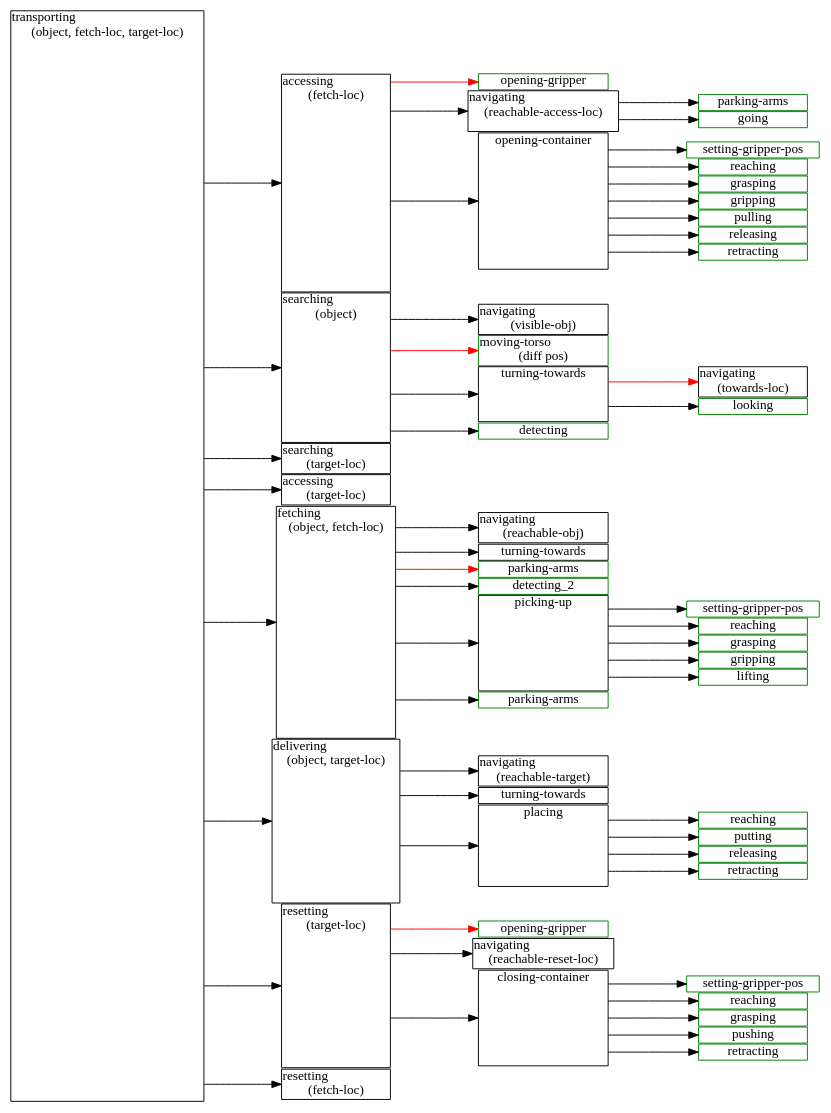
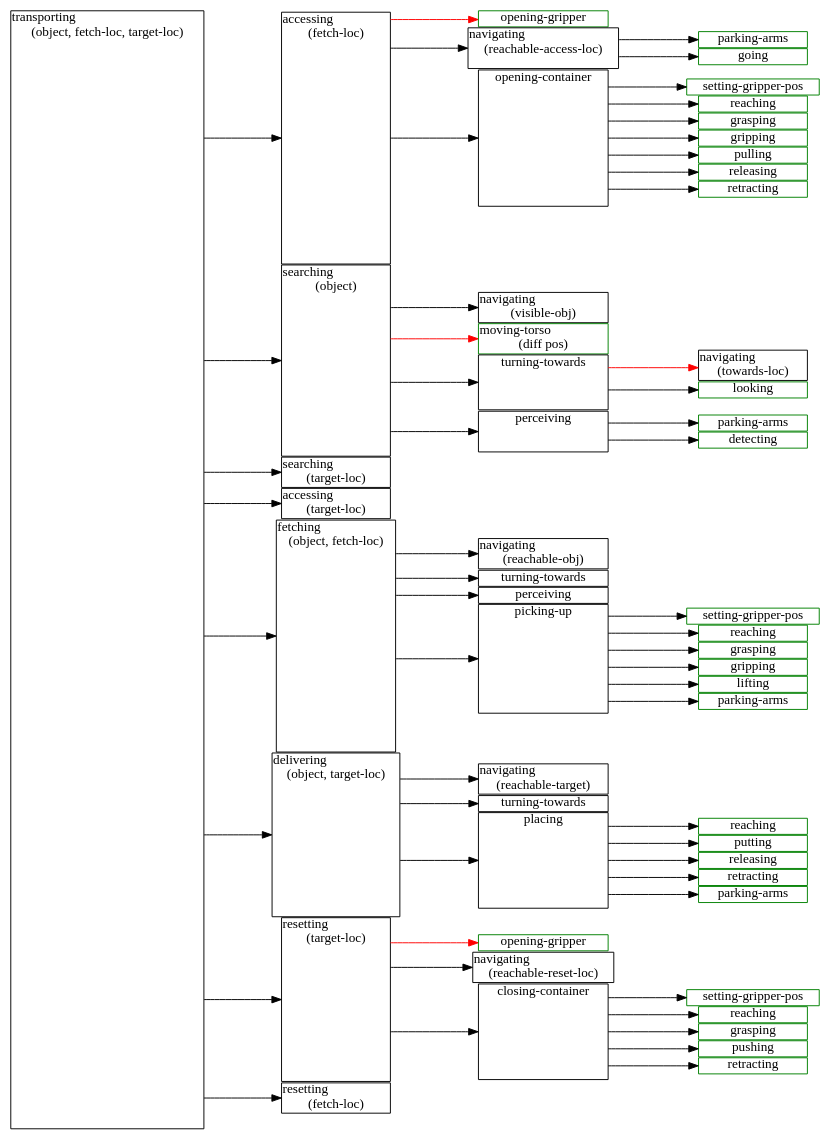
One commit to cram2/cram changed the diagram in doc/fd-plans.dot. Above: the diagram before and after it, drawn with Graphviz.

Commit message:
[doc] updated the fetch-deliver plan timeline diagram

```diff
--- a/doc/fd-plans.dot
+++ b/doc/fd-plans.dot
@@ -1,170 +1,176 @@
 digraph CRAM {
   graph [rankdir="LR", splines=ortho, concentrate=true,
          nodesep=0.02, ranksep=1.0];
   node [shape=box, labelloc=t, height=0.2, margin="0.01, 0.01"];
   edge [splines=none];
 
   //////////////////////////////////////////////////////////////
 
-  transporting [label="transporting\l(object, fetch-loc, target-loc)",height=16];
+  transporting [label="transporting\l(object, fetch-loc, target-loc)",height=16.4];
 
   node [width=1.6];
 
-  accessing_f [label="accessing\l(fetch-loc)",height=3.2];
-  searching_o [label="searching\l(object)",height=2.2];
+  accessing_f [label="accessing\l(fetch-loc)",height=3.7];
+  searching_o [label="searching\l(object)",height=2.8];
   searching_t [label="searching\l(target-loc)"];
   accessing_t [label="accessing\l(target-loc)"];
   fetching    [label="fetching\l(object, fetch-loc)",height=3.4];
   delivering  [label="delivering\l(object, target-loc)",height=2.4];
   resetting_t [label="resetting\l(target-loc)",height=2.4];
   resetting_f [label="resetting\l(fetch-loc)"];
 
   // invisible nodes to make joint elbow connections
   // transporting_1 [style=invisible,fixedsize=true,width=0,height=0,label=""];
   // transporting_2 [style=invisible,fixedsize=true,width=0,height=0,label=""];
   // transporting_3 [style=invisible,fixedsize=true,width=0,height=0,label=""];
   // transporting -> transporting_1 [arrowhead=none];
   // transporting_1 -> transporting_2 [arrowhead=none];
   // transporting_1 -> transporting_3 [arrowhead=none];
   // { rank = same; transporting_1; transporting_2; transporting_3 }
 
   transporting -> accessing_f;
   transporting -> searching_o;
   transporting -> searching_t;
   transporting -> accessing_t;
   transporting -> fetching;
   transporting -> delivering;
   transporting -> resetting_t;
   transporting -> resetting_f;
 
   { rank = same;
     accessing_f; searching_o; searching_t; accessing_t; fetching;
     delivering; resetting_t; resetting_f;
   }
 
   ////////////////////////////////////////////////////////
 
   node [width=1.9];
 
   opening_gr_fail [label="opening-gripper", color=Green];
   navigating_acc  [label="navigating\l(reachable-access-loc)", height=0.6];
   opening_cont    [label="opening-container", height=2];
 
   accessing_f -> opening_gr_fail [weight=1, color=Red];
   accessing_f -> navigating_acc;
-  accessing_f -> opening_cont [weight=2]
+  accessing_f -> opening_cont [weight=3]
 
   navigating_vis_obj [label="navigating\l(visible-obj)"]
   moving_torso       [label="moving-torso\l(diff pos)", color=Green];
   turning            [label="turning-towards", height=0.8];
-  detecting          [color=Green];
+  perceiving         [label="perceiving", height=0.6];
 
   searching_o -> navigating_vis_obj;
   searching_o -> moving_torso [color=Red];
   searching_o -> turning;
-  searching_o -> detecting [weight=1];
+  searching_o -> perceiving [weight=1];
 
   navigating_rch_obj [label="navigating\l(reachable-obj)"];
   turning_2          [label="turning-towards"];
-  parking_arms_fail  [label="parking-arms", color=Green];
-  detecting_2        [color=Green];
-  picking_up         [label="picking-up", height=1.4];
-  parking_arms       [label="parking-arms", color=Green];
+  perceiving_2       [label="perceiving"];
+  picking_up         [label="picking-up", height=1.6];
 
   fetching -> navigating_rch_obj [weight=1];
   fetching -> turning_2;
-  fetching -> parking_arms_fail [color=Red];
-  fetching -> detecting_2;
-  fetching -> picking_up;
-  fetching -> parking_arms [weight=3];
+  fetching -> perceiving_2;
+  fetching -> picking_up [weight=3];
 
   navigating_rch_tar [label="navigating\l(reachable-target)"];
   turning_3          [label="turning-towards"];
-  placing            [label="placing", height=1.2];
+  placing            [label="placing", height=1.4];
 
   delivering -> navigating_rch_tar;
   delivering -> turning_3;
   delivering -> placing [weight=2];
 
   opening_gr_fail_2 [label="opening-gripper", color=Green];
   navigating_res    [label="navigating\l(reachable-reset-loc)"];
   closing_cont      [label="closing-container", height=1.4];
 
   resetting_t -> opening_gr_fail_2 [color=Red];
   resetting_t -> navigating_res;
   resetting_t -> closing_cont [weight=2];
 
   { rank = same;
     opening_gr_fail navigating_acc opening_cont
-    navigating_vis_obj moving_torso turning detecting
-    navigating_rch_obj turning_2 parking_arms_fail detecting_2 picking_up parking_arms
+    navigating_vis_obj moving_torso turning perceiving
+    navigating_rch_obj turning_2 perceiving_2 picking_up
     navigating_rch_tar turning_3 placing
     opening_gr_fail_2 navigating_res closing_cont
   }
 
   ///////////////////////////////////////////////////
 
   node [width=1.6];
 
   parking_arms_2     [label="parking-arms", color=Green];
   going              [color=Green];
 
   navigating_acc -> parking_arms_2;
   navigating_acc -> going;
 
   setting_gripper  [label="setting-gripper-pos", color=Green];
   reaching         [label="reaching", color=Green];
   grasping         [label="grasping", color=Green];
   gripping         [label="gripping", color=Green];
   pulling          [label="pulling", color=Green];
   releasing        [label="releasing", color=Green];
   retracting       [label="retracting", color=Green];
 
   opening_cont -> setting_gripper;
   opening_cont -> reaching;
   opening_cont -> grasping;
   opening_cont -> gripping;
   opening_cont -> pulling;
   opening_cont -> releasing;
   opening_cont -> retracting;
 
   navigating_fail  [label="navigating\l(towards-loc)"];
   looking          [color=Green];
 
   turning -> navigating_fail [color=Red]
   turning -> looking
 
+  parking_arms_3   [label="parking-arms", color=Green];
+  detecting        [label="detecting", color=Green];
+
+  perceiving -> parking_arms_3
+  perceiving -> detecting
+
   setting_gripper_2 [label="setting-gripper-pos", color=Green]
   reaching_2        [label="reaching", color=Green]
   grasping_2        [label="grasping", color=Green]
   gripping_2        [label="gripping", color=Green]
   lifting           [label="lifting", color=Green]
+  parking_arms_4    [label="parking-arms", color=Green];
 
   picking_up -> setting_gripper_2
   picking_up -> reaching_2
   picking_up -> grasping_2
   picking_up -> gripping_2
   picking_up -> lifting
+  picking_up -> parking_arms_4
 
   reaching_3      [label="reaching", color=Green]
   putting         [label="putting", color=Green]
   releasing_3     [label="releasing", color=Green]
   retracting_3    [label="retracting", color=Green]
+  parking_arms_5  [label="parking-arms", color=Green];
 
   placing -> reaching_3
   placing -> putting
   placing -> releasing_3
   placing -> retracting_3
+  placing -> parking_arms_5
 
   setting_gripper_4 [label="setting-gripper-pos", color=Green]
   reaching_4        [label="reaching", color=Green]
   grasping_4        [label="grasping", color=Green]
   pushing_4         [label="pushing", color=Green]
   retracting_4      [label="retracting", color=Green]
 
   closing_cont -> setting_gripper_4
   closing_cont -> reaching_4
   closing_cont -> grasping_4
   closing_cont -> pushing_4
   closing_cont -> retracting_4
 }
```
